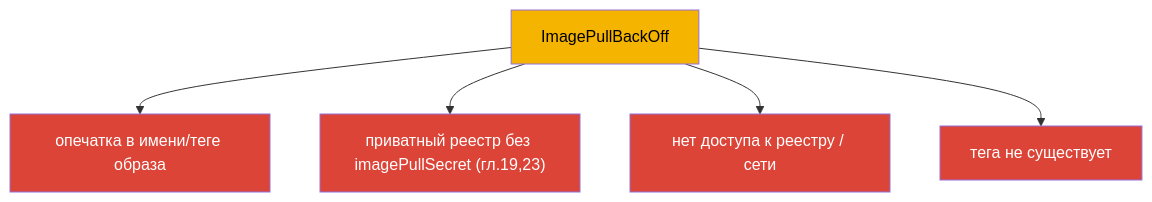
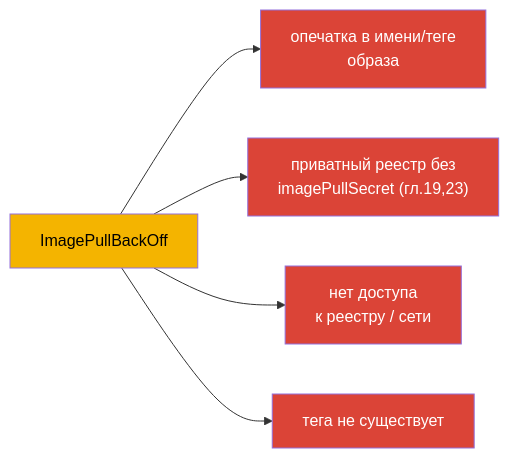
The third of 7 diagrams in tasks/cka/course/44/ru.md (ViktorUJ/cks), drawn with Mermaid before and after one commit. The commit also changed other lines of this file and 30 other files, not shown here.

````diff
--- a/tasks/cka/course/44/ru.md
+++ b/tasks/cka/course/44/ru.md
@@ -59,12 +59,12 @@
 ```mermaid
-flowchart TB
-    i["ImagePullBackOff"] --> c1["опечатка в имени/теге образа"]
-    i --> c2["приватный реестр без imagePullSecret (гл.19,23)"]
-    i --> c3["нет доступа к реестру / сети"]
+flowchart LR
+    i["ImagePullBackOff"] --> c1["опечатка в имени/теге<br>образа"]
+    i --> c2["приватный реестр без<br>imagePullSecret (гл.19,23)"]
+    i --> c3["нет доступа<br>к реестру / сети"]
     i --> c4["тега не существует"]
     style i fill:#f4b400,color:#000
     style c1 fill:#db4437,color:#fff
     style c2 fill:#db4437,color:#fff
     style c3 fill:#db4437,color:#fff
     style c4 fill:#db4437,color:#fff
 ```
````
